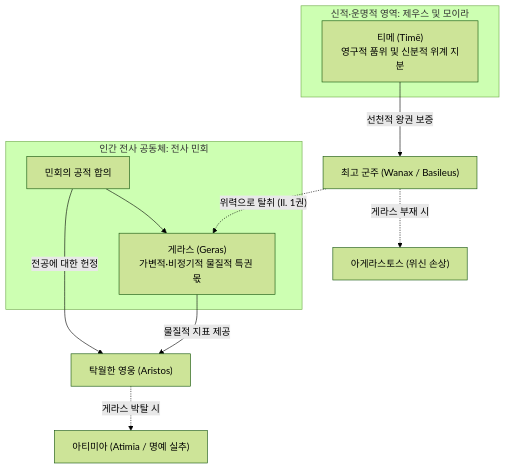
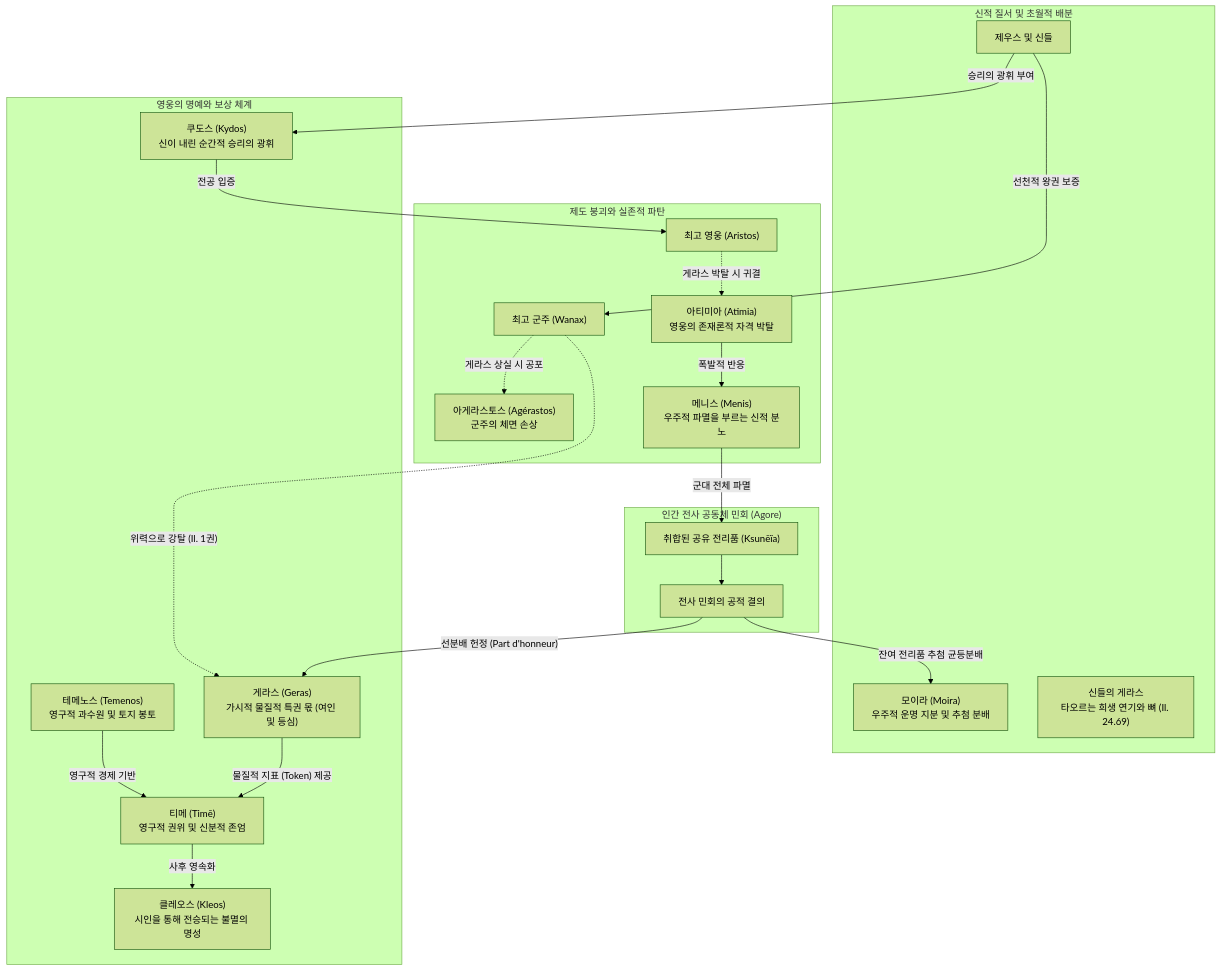
One commit to YgHnSIM/Homer_wiki changed the diagram in wiki/concepts/concept-geras.md. Above: the diagram before and after it, drawn with Mermaid (forest theme). The commit also changed other lines of this file and 20 other files, not shown here.

````diff
--- a/wiki/concepts/concept-geras.md
+++ b/wiki/concepts/concept-geras.md
@@ -91,21 +170,47 @@
 ```mermaid
 graph TD
-    subgraph Divine["신적·운명적 영역: 제우스 및 모이라"]
-        T["티메 (Timē)<br/>영구적 품위 및 신분적 위계 지분"]
+    subgraph Divine_Order["신적 질서 및 초월적 배분"]
+        Zeus["제우스 및 신들"]
+        Moira["모이라 (Moira)<br/>우주적 운명 지분 및 추첨 분배"]
+        DivineGeras["신들의 게라스<br/>타오르는 희생 연기와 뼈 (Il. 24.69)"]
     end
 
-    subgraph Assembly["인간 전사 공동체: 전사 민회"]
-        Council["민회의 공적 합의"]
-        G["게라스 (Geras)<br/>가변적·비정기적 물질적 특권 몫"]
+    subgraph Assembly["인간 전사 공동체 민회 (Agore)"]
+        Ksunēïa["취합된 공유 전리품 (Ksunēïa)"]
+        Council["전사 민회의 공적 결의"]
     end
 
-    T -->|"선천적 왕권 보증"| King["최고 군주 (Wanax / Basileus)"]
-    Council -->|"전공에 대한 헌정"| Hero["탁월한 영웅 (Aristos)"]
+    subgraph Heroic_Status["영웅의 명예와 보상 체계"]
+        Time["티메 (Timē)<br/>영구적 권위 및 신분적 존엄"]
+        Geras["게라스 (Geras)<br/>가시적 물질적 특권 몫 (여인 및 등심)"]
+        Temenos["테메노스 (Temenos)<br/>영구적 과수원 및 토지 봉토"]
+        Kydos["쿠도스 (Kydos)<br/>신이 내린 순간적 승리의 광휘"]
+        Kleos["클레오스 (Kleos)<br/>시인을 통해 전승되는 불멸의 명성"]
+    end
+
+    subgraph Crisis_Rupture["제도 붕괴와 실존적 파탄"]
+        Agamemnon["최고 군주 (Wanax)"]
+        Achilles["최고 영웅 (Aristos)"]
+        Agerastos["아게라스토스 (Agérastos)<br/>군주의 체면 손상"]
+        Atimia["아티미아 (Atimia)<br/>영웅의 존재론적 자격 박탈"]
+        Menis["메니스 (Menis)<br/>우주적 파멸을 부르는 신적 분노"]
+    end
+
+    Zeus -->|"선천적 왕권 보증"| Agamemnon
+    Zeus -->|"승리의 광휘 부여"| Kydos
+    Kydos -->|"전공 입증"| Achilles
     
-    Council --> G
-    G -->|"물질적 지표 제공"| Hero
+    Ksunēïa --> Council
+    Council -->|"선분배 헌정 (Part d'honneur)"| Geras
+    Council -->|"잔여 전리품 추첨 균등분배"| Moira
     
-    King -.->|"위력으로 탈취 (Il. 1권)"| G
-    Hero -.->|"게라스 박탈 시"| Atimia["아티미아 (Atimia / 명예 실추)"]
-    King -.->|"게라스 부재 시"| Agerastos["아게라스토스 (위신 손상)"]
+    Geras -->|"물질적 지표 (Token) 제공"| Time
+    Temenos -->|"영구적 경제 기반"| Time
+    Time -->|"사후 영속화"| Kleos
+    
+    Agamemnon -.->|"위력으로 강탈 (Il. 1권)"| Geras
+    Agamemnon -.->|"게라스 상실 시 공포"| Agerastos
+    Achilles -.->|"게라스 박탈 시 귀결"| Atimia
+    Atimia -->|"폭발적 반응"| Menis
+    Menis -->|"군대 전체 파멸"| Ksunēïa
 ```
````
